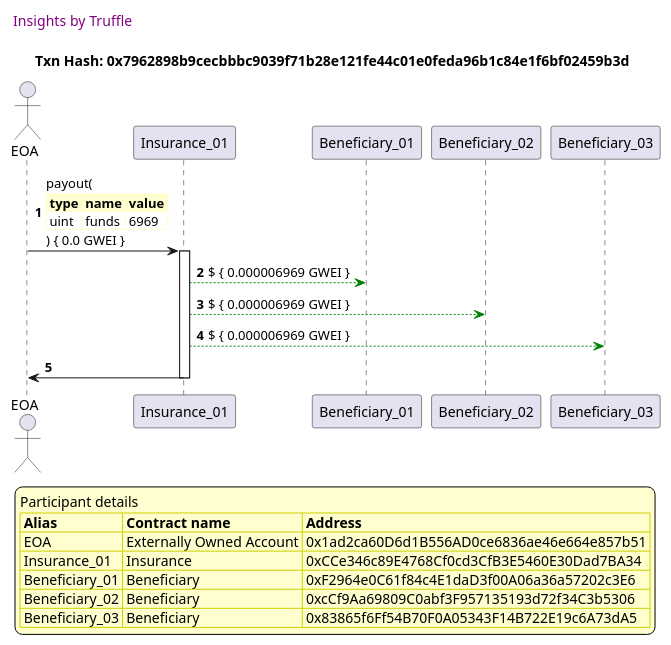
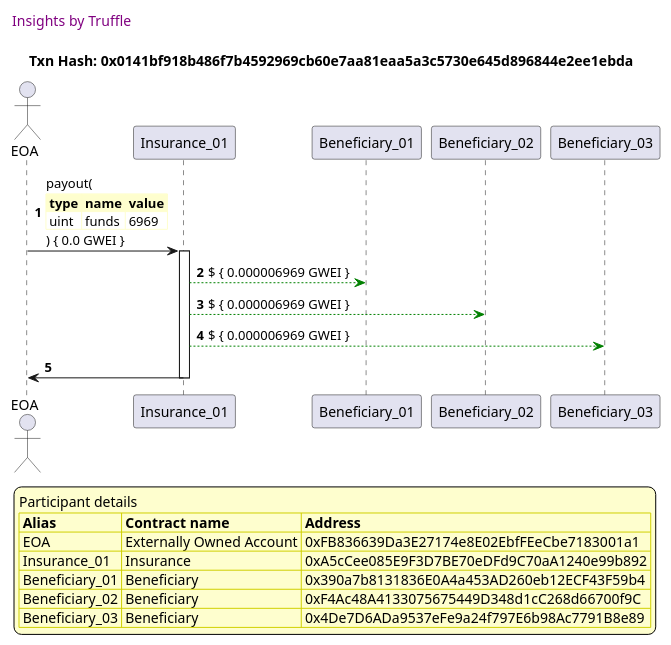
The diagram in truffle-seq/insurance.md (trufflesuite/txlog-seedlings), drawn with PlantUML before and after one commit. The commit also changed other lines of this file and 8 other files, not shown here.

````diff
--- a/truffle-seq/insurance.md
+++ b/truffle-seq/insurance.md
@@ -13,49 +13,49 @@
 ```plantuml
 
 
 @startuml
 
 autonumber
 skinparam legendBackgroundColor #FEFECE
 
 <style>
       header {
         HorizontalAlignment left
         FontColor purple
         FontSize 14
         Padding 10
       }
     </style>
 
 header Insights by Truffle
 
-title Txn Hash: 0x7962898b9cecbbbc9039f71b28e121fe44c01e0feda96b1c84e1f6bf02459b3d
+title Txn Hash: 0x0141bf918b486f7b4592969cb60e7aa81eaa5a3c5730e645d896844e2ee1ebda
 
 
 actor EOA as "EOA"
 participant Insurance_01 as "Insurance_01"
 participant Beneficiary_01 as "Beneficiary_01"
 participant Beneficiary_02 as "Beneficiary_02"
 participant Beneficiary_03 as "Beneficiary_03"
 
 "EOA" -> "Insurance_01" ++: payout(\n\
 <#FEFECE,#FEFECE>|= type |= name |= value |\n\
 | uint | funds | 6969 |\n\
 ) { 0.0 GWEI }
 "Insurance_01" -[#green]-> "Beneficiary_01" : $ { 0.000006969 GWEI }
 "Insurance_01" -[#green]-> "Beneficiary_02" : $ { 0.000006969 GWEI }
 "Insurance_01" -[#green]-> "Beneficiary_03" : $ { 0.000006969 GWEI }
 "Insurance_01" -> "EOA" --: 
 
 legend
 Participant details
 <#FEFECE,#D0D000>|= Alias |= Contract name |= Address |
-<#FEFECE>| EOA | Externally Owned Account | 0x1ad2ca60D6d1B556AD0ce6836ae46e664e857b51 |
-<#FEFECE>| Insurance_01 | Insurance | 0xCCe346c89E4768Cf0cd3CfB3E5460E30Dad7BA34 |
-<#FEFECE>| Beneficiary_01 | Beneficiary | 0xF2964e0C61f84c4E1daD3f00A06a36a57202c3E6 |
-<#FEFECE>| Beneficiary_02 | Beneficiary | 0xcCf9Aa69809C0abf3F957135193d72f34C3b5306 |
-<#FEFECE>| Beneficiary_03 | Beneficiary | 0x83865f6Ff54B70F0A05343F14B722E19c6A73dA5 |
+<#FEFECE>| EOA | Externally Owned Account | 0xFB836639Da3E27174e8E02EbfFEeCbe7183001a1 |
+<#FEFECE>| Insurance_01 | Insurance | 0xA5cCee085E9F3D7BE70eDFd9C70aA1240e99b892 |
+<#FEFECE>| Beneficiary_01 | Beneficiary | 0x390a7b8131836E0A4a453AD260eb12ECF43F59b4 |
+<#FEFECE>| Beneficiary_02 | Beneficiary | 0xF4Ac48A4133075675449D348d1cC268d66700f9C |
+<#FEFECE>| Beneficiary_03 | Beneficiary | 0x4De7D6ADa9537eFe9a24f797E6b98Ac7791B8e89 |
 endlegend
 
 @enduml
 ```
````
